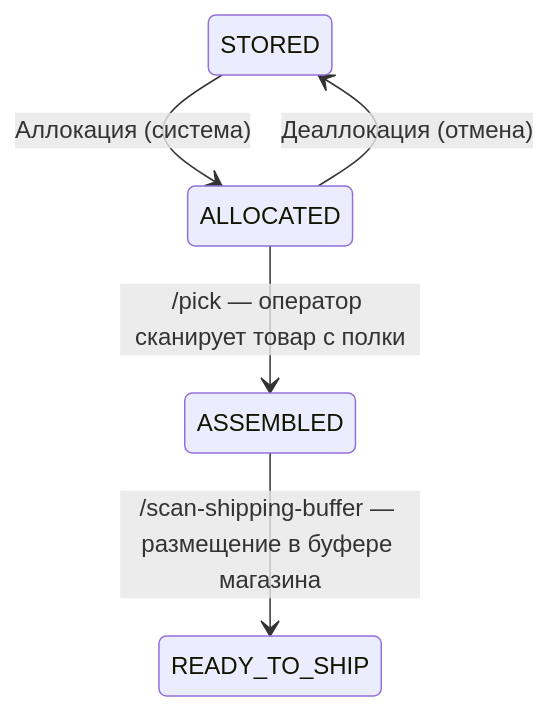
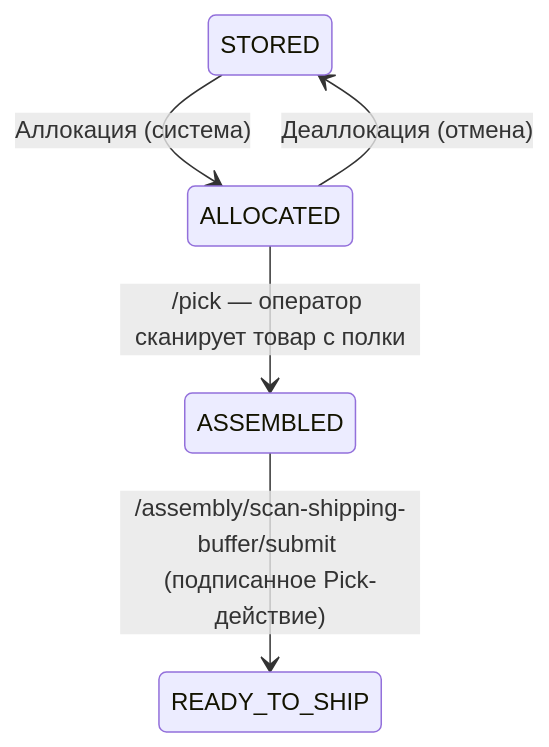
One commit to oglenyaboss/avalanche-wms changed the third of 6 diagrams in docs/flows/assembly-flow.md. Above: the diagram before and after it, drawn with Mermaid. The commit also changed other lines of this file and 10 other files, not shown here.

````diff
--- a/docs/flows/assembly-flow.md
+++ b/docs/flows/assembly-flow.md
@@ -120,7 +129,7 @@
 ```mermaid
 stateDiagram-v2
     STORED --> ALLOCATED : Аллокация (система)
     ALLOCATED --> ASSEMBLED : /pick — оператор сканирует товар с полки
-    ASSEMBLED --> READY_TO_SHIP : /scan-shipping-buffer — размещение в буфере магазина
+    ASSEMBLED --> READY_TO_SHIP : /assembly/scan-shipping-buffer/submit (подписанное Pick-действие)
     ALLOCATED --> STORED : Деаллокация (отмена)
 ```
````
